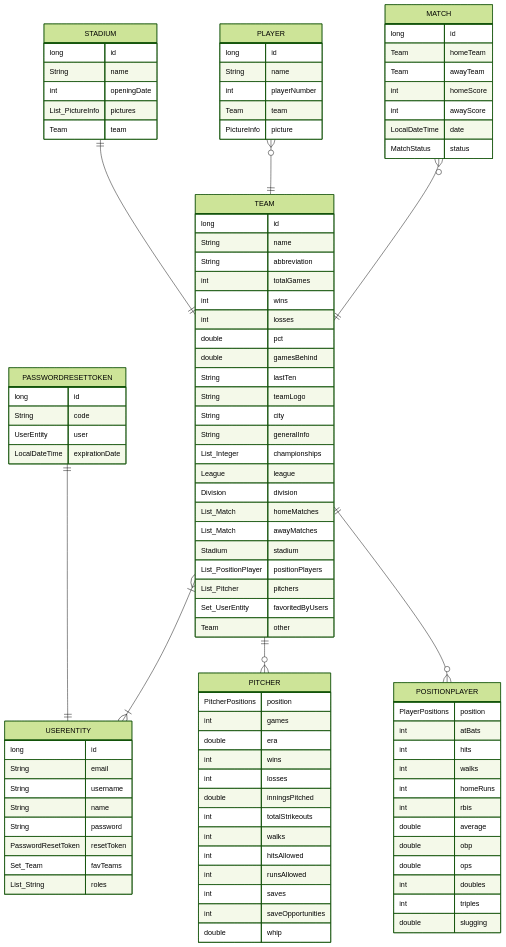
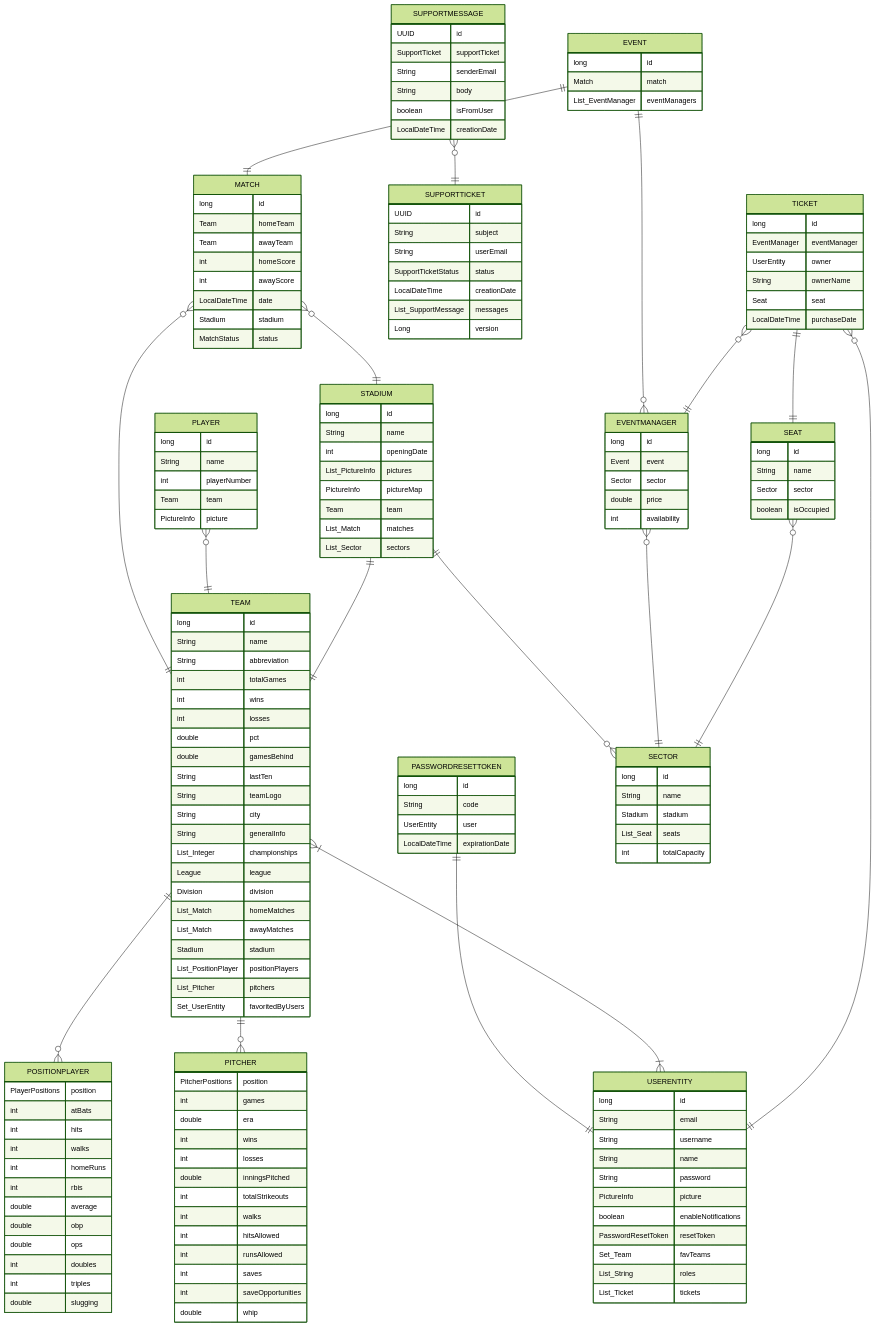
One commit to codeurjc-students/2025-MyMLB changed the diagram in docs/AppAnalysis.md. Above: the diagram before and after it, drawn with Mermaid (forest theme).

Commit message:
Add new entities and relationships to AppAnalysis

````diff
--- a/docs/AppAnalysis.md
+++ b/docs/AppAnalysis.md
@@ -282,6 +282,7 @@
     int homeScore
     int awayScore
     LocalDateTime date
+    Stadium stadium
     MatchStatus status
   }
 
@@ -336,7 +337,29 @@
     String name
     int openingDate
     List_PictureInfo pictures
+    PictureInfo pictureMap
     Team team
+    List_Match matches
+    List_Sector sectors
+  }
+
+  SUPPORTMESSAGE {
+    UUID id
+    SupportTicket supportTicket
+    String senderEmail
+    String body
+    boolean isFromUser
+    LocalDateTime creationDate
+  }
+
+  SUPPORTTICKET {
+    UUID id
+    String subject
+    String userEmail
+    SupportTicketStatus status
+    LocalDateTime creationDate
+    List_SupportMessage messages
+    Long version
   }
 
   TEAM {
@@ -361,7 +384,44 @@
     List_PositionPlayer positionPlayers
     List_Pitcher pitchers
     Set_UserEntity favoritedByUsers
-    Team other
+  }
+
+  EVENT {
+    long id
+    Match match
+    List_EventManager eventManagers
+  }
+
+  EVENTMANAGER {
+    long id
+    Event event
+    Sector sector
+    double price
+    int availability
+  }
+
+  SEAT {
+    long id
+    String name
+    Sector sector
+    boolean isOccupied
+  }
+
+  SECTOR {
+    long id
+    String name
+    Stadium stadium
+    List_Seat seats
+    int totalCapacity
+  }
+
+  TICKET {
+    long id
+    EventManager eventManager
+    UserEntity owner
+    String ownerName
+    Seat seat
+    LocalDateTime purchaseDate
   }
 
   USERENTITY {
@@ -370,16 +430,29 @@
     String username
     String name
     String password
+    PictureInfo picture
+    boolean enableNotifications
     PasswordResetToken resetToken
     Set_Team favTeams
     List_String roles
+    List_Ticket tickets
   }
 
   MATCH }o--|| TEAM : ""
+  MATCH }o--|| STADIUM : ""
   PASSWORDRESETTOKEN ||--|| USERENTITY : ""
   PLAYER }o--|| TEAM : ""
   STADIUM ||--|| TEAM : ""
+  STADIUM ||--o{ SECTOR : ""
+  SUPPORTMESSAGE }o--|| SUPPORTTICKET : ""
   TEAM ||--o{ POSITIONPLAYER : ""
   TEAM ||--o{ PITCHER : ""
   TEAM }|--|{ USERENTITY : ""
+  EVENT ||--|| MATCH : ""
+  EVENT ||--o{ EVENTMANAGER : ""
+  EVENTMANAGER }o--|| SECTOR : ""
+  SEAT }o--|| SECTOR : ""
+  TICKET }o--|| EVENTMANAGER : ""
+  TICKET }o--|| USERENTITY : ""
+  TICKET ||--|| SEAT : ""
 ```
````
